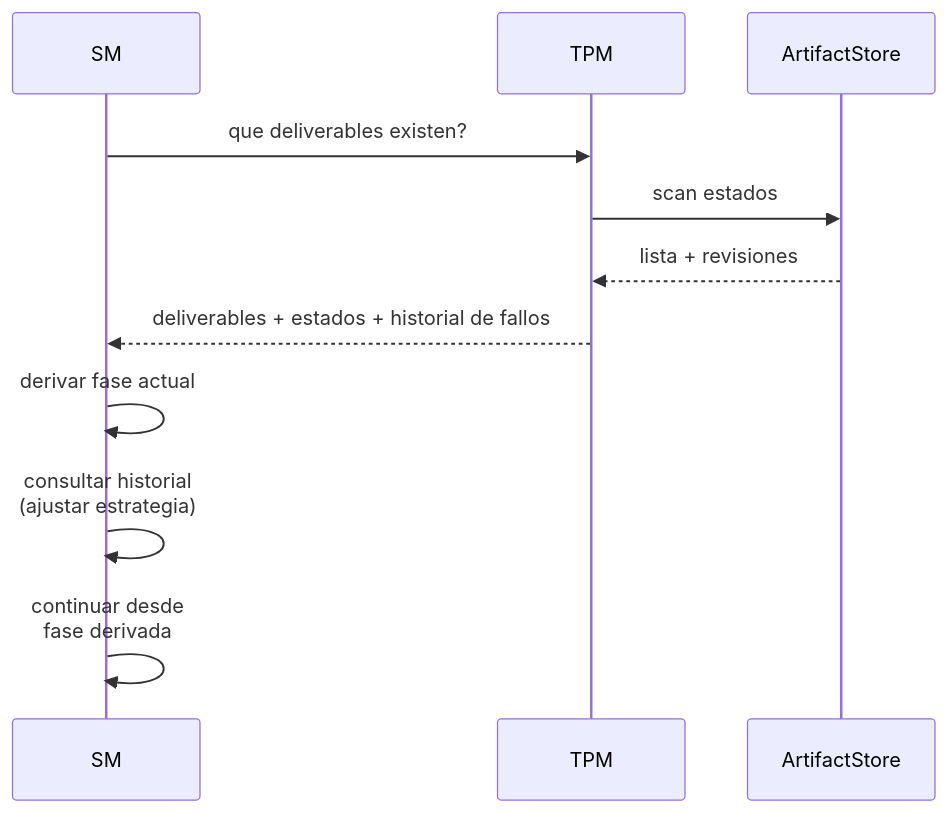
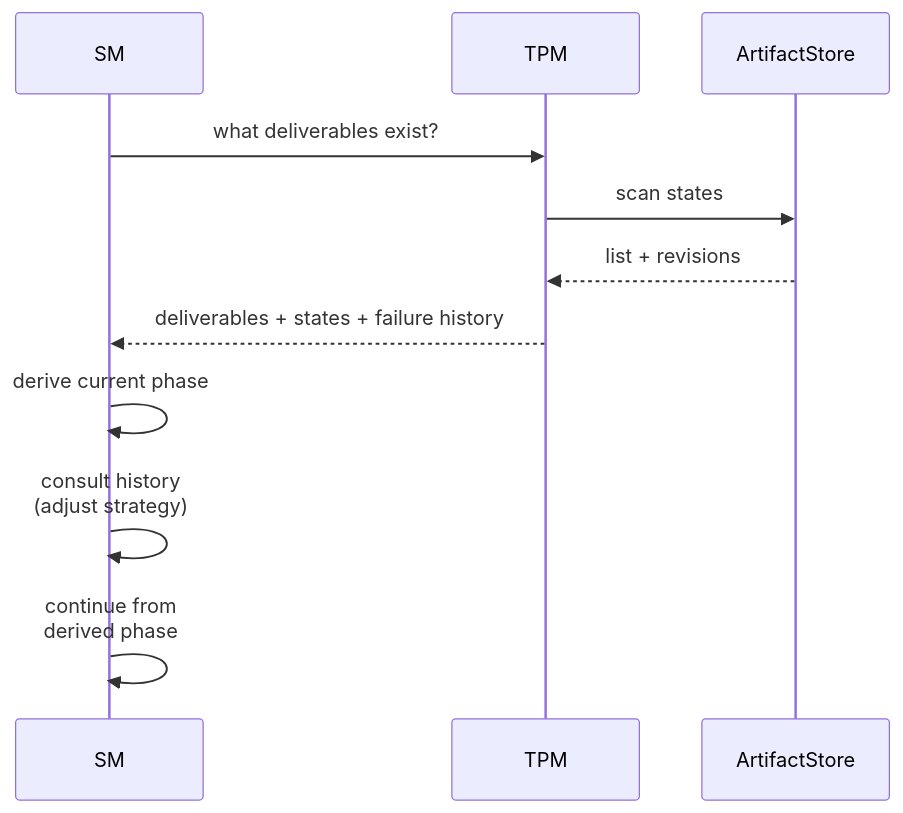
One commit to virgenherrera/virgil changed the diagram in principia/sections/29-recovery.md. Above: the diagram before and after it, drawn with Mermaid. The commit also changed other lines of this file and 42 other files, not shown here.

````diff
--- a/principia/sections/29-recovery.md
+++ b/principia/sections/29-recovery.md
@@ -32,15 +32,15 @@
 ```mermaid
 sequenceDiagram
     participant SM as SM
     participant TPM as TPM
     participant STORE as ArtifactStore
 
-    SM->>TPM: que deliverables existen?
-    TPM->>STORE: scan estados
-    STORE-->>TPM: lista + revisiones
-    TPM-->>SM: deliverables + estados + historial de fallos
+    SM->>TPM: what deliverables exist?
+    TPM->>STORE: scan states
+    STORE-->>TPM: list + revisions
+    TPM-->>SM: deliverables + states + failure history
 
-    SM->>SM: derivar fase actual
-    SM->>SM: consultar historial<br/>(ajustar estrategia)
-    SM->>SM: continuar desde<br/>fase derivada
+    SM->>SM: derive current phase
+    SM->>SM: consult history<br/>(adjust strategy)
+    SM->>SM: continue from<br/>derived phase
 ```
````
